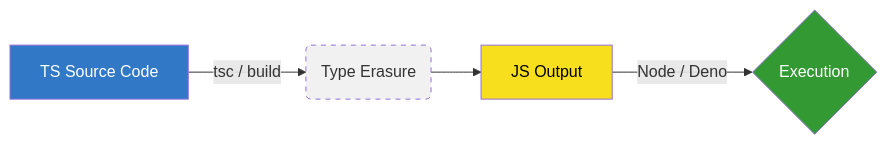
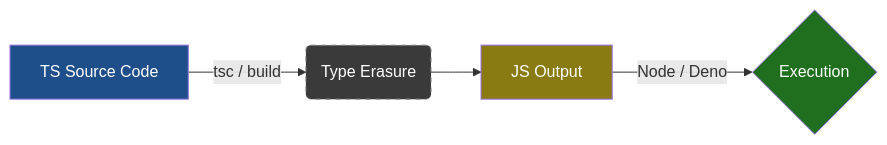
Before and after one commit to software-engineering-projects/enterprise-backend-development: the diagram in monolith/typescript application.md, drawn with Mermaid.

Commit message:
Update typescript application.md

````diff
--- a/monolith/typescript application.md
+++ b/monolith/typescript application.md
@@ -96,11 +96,11 @@
 ```mermaid
 graph LR
     A[TS Source Code] -->|tsc / build| B(Type Erasure)
     B --> C[JS Output]
     C -->|Node / Deno| D{Execution}
     
-    style A fill:#3178c6,color:#fff
-    style B fill:#f1f1f1,stroke-dasharray: 5 5
-    style C fill:#f7df1e,color:#000
-    style D fill:#339933,color:#fff
+    style A fill:#1e4f8a,color:#ffffff
+    style B fill:#3a3a3a,stroke:#888888,stroke-dasharray: 5 5,color:#ffffff
+    style C fill:#8a7a12,color:#ffffff
+    style D fill:#1f6f1f,color:#ffffff
 ```
````
